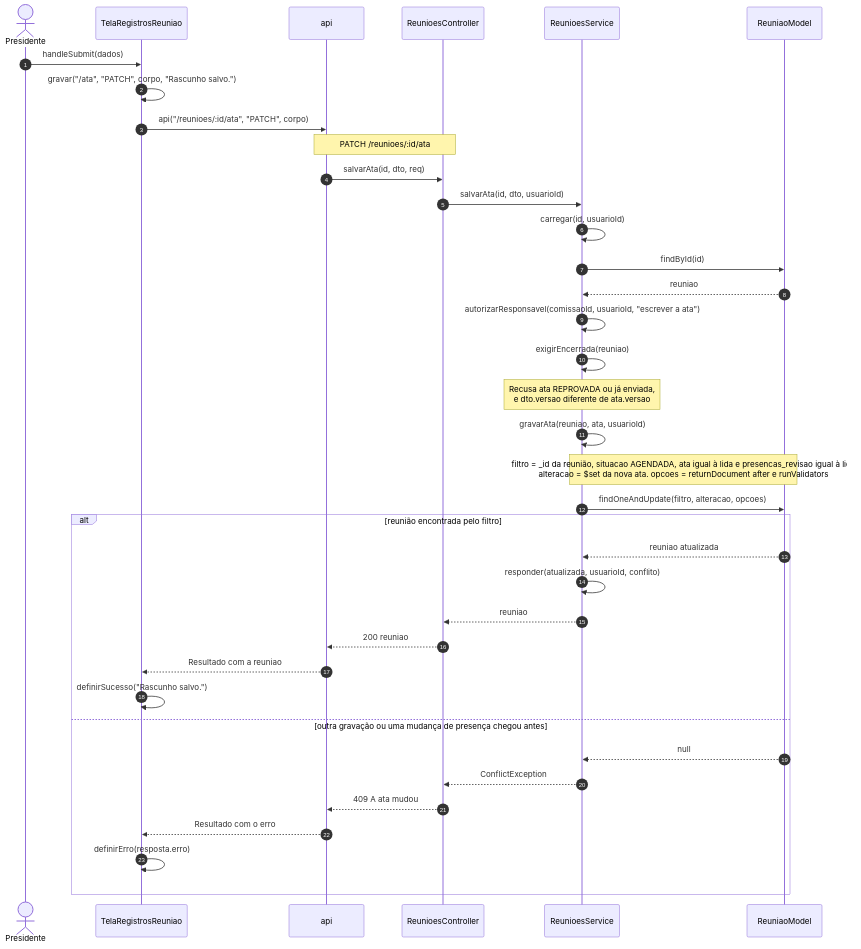
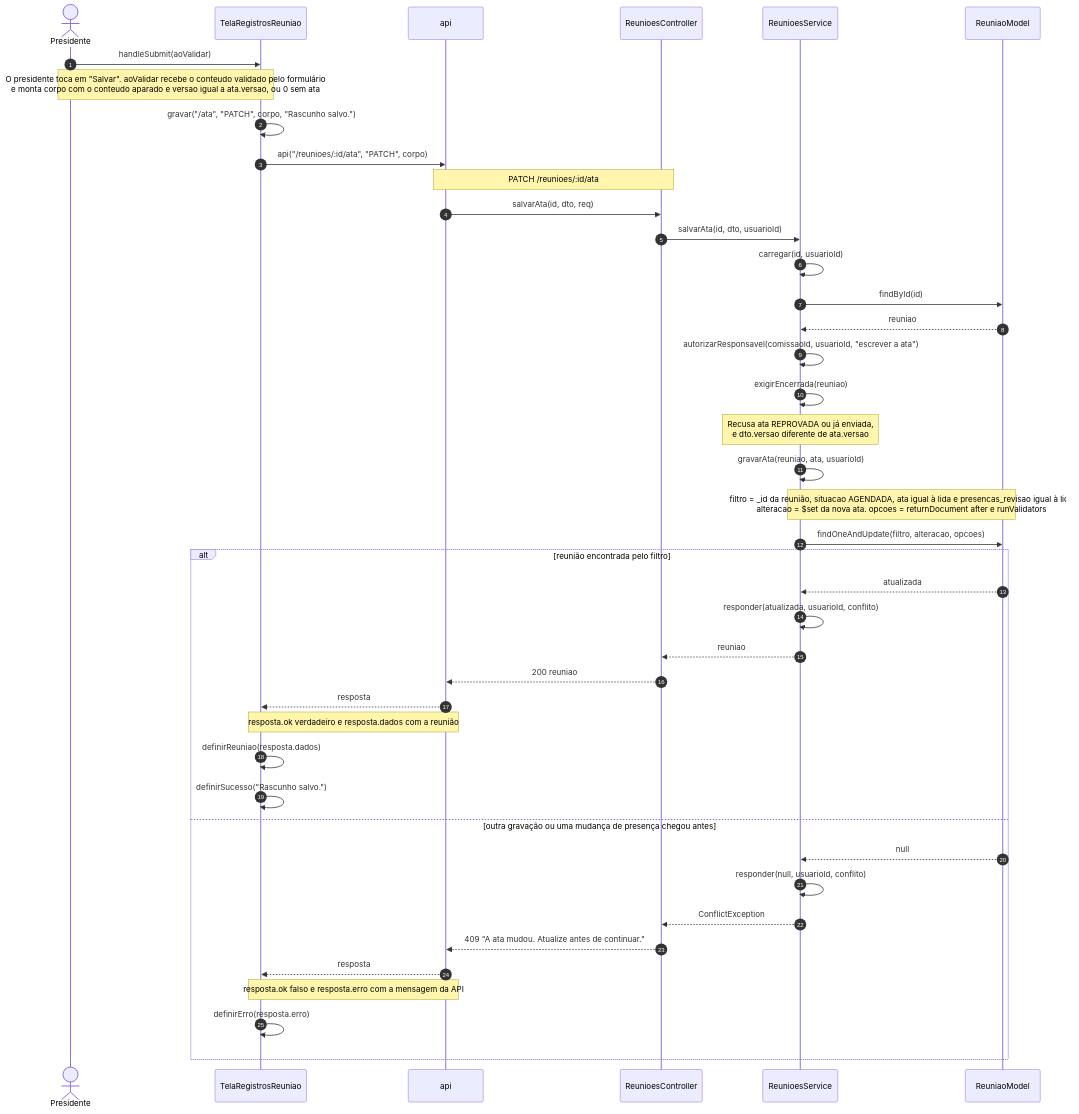
One commit to Conecta-IFSP/DOCUMENTATION changed the first of 9 diagrams in 4 - Incremento 3/atas/6 - diagramas-sequencia-atas.md. Above: the diagram before and after it, drawn with Mermaid. The commit also changed other lines of this file and 97 other files, not shown here.

````diff
--- a/4 - Incremento 3/atas/6 - diagramas-sequencia-atas.md
+++ b/4 - Incremento 3/atas/6 - diagramas-sequencia-atas.md
@@ -13,39 +13,44 @@
 ```mermaid
 sequenceDiagram
     autonumber
     actor U as Presidente
     participant T as TelaRegistrosReuniao
     participant A as api
     participant C as ReunioesController
     participant S as ReunioesService
     participant M as ReuniaoModel
-    U->>T: handleSubmit(dados)
+    U->>T: handleSubmit(aoValidar)
+    Note over U,T: O presidente toca em "Salvar". aoValidar recebe o conteudo validado pelo formulário<br/>e monta corpo com o conteudo aparado e versao igual a ata.versao, ou 0 sem ata
     T->>T: gravar("/ata", "PATCH", corpo, "Rascunho salvo.")
     T->>A: api("/reunioes/:id/ata", "PATCH", corpo)
     Note over A,C: PATCH /reunioes/:id/ata
     A->>C: salvarAta(id, dto, req)
     C->>S: salvarAta(id, dto, usuarioId)
     S->>S: carregar(id, usuarioId)
     S->>M: findById(id)
     M-->>S: reuniao
     S->>S: autorizarResponsavel(comissaoId, usuarioId, "escrever a ata")
     S->>S: exigirEncerrada(reuniao)
     Note over S: Recusa ata REPROVADA ou já enviada,<br/>e dto.versao diferente de ata.versao
     S->>S: gravarAta(reuniao, ata, usuarioId)
     Note over S,M: filtro = _id da reunião, situacao AGENDADA, ata igual à lida e presencas_revisao igual à lida<br/>alteracao = $set da nova ata. opcoes = returnDocument after e runValidators
     S->>M: findOneAndUpdate(filtro, alteracao, opcoes)
     alt reunião encontrada pelo filtro
-        M-->>S: reuniao atualizada
+        M-->>S: atualizada
         S->>S: responder(atualizada, usuarioId, conflito)
         S-->>C: reuniao
         C-->>A: 200 reuniao
-        A-->>T: Resultado com a reuniao
+        A-->>T: resposta
+        Note over A,T: resposta.ok verdadeiro e resposta.dados com a reunião
+        T->>T: definirReuniao(resposta.dados)
         T->>T: definirSucesso("Rascunho salvo.")
     else outra gravação ou uma mudança de presença chegou antes
         M-->>S: null
+        S->>S: responder(null, usuarioId, conflito)
         S-->>C: ConflictException
-        C-->>A: 409 A ata mudou
-        A-->>T: Resultado com o erro
+        C-->>A: 409 "A ata mudou. Atualize antes de continuar."
+        A-->>T: resposta
+        Note over A,T: resposta.ok falso e resposta.erro com a mensagem da API
         T->>T: definirErro(resposta.erro)
     end
 ```
````
